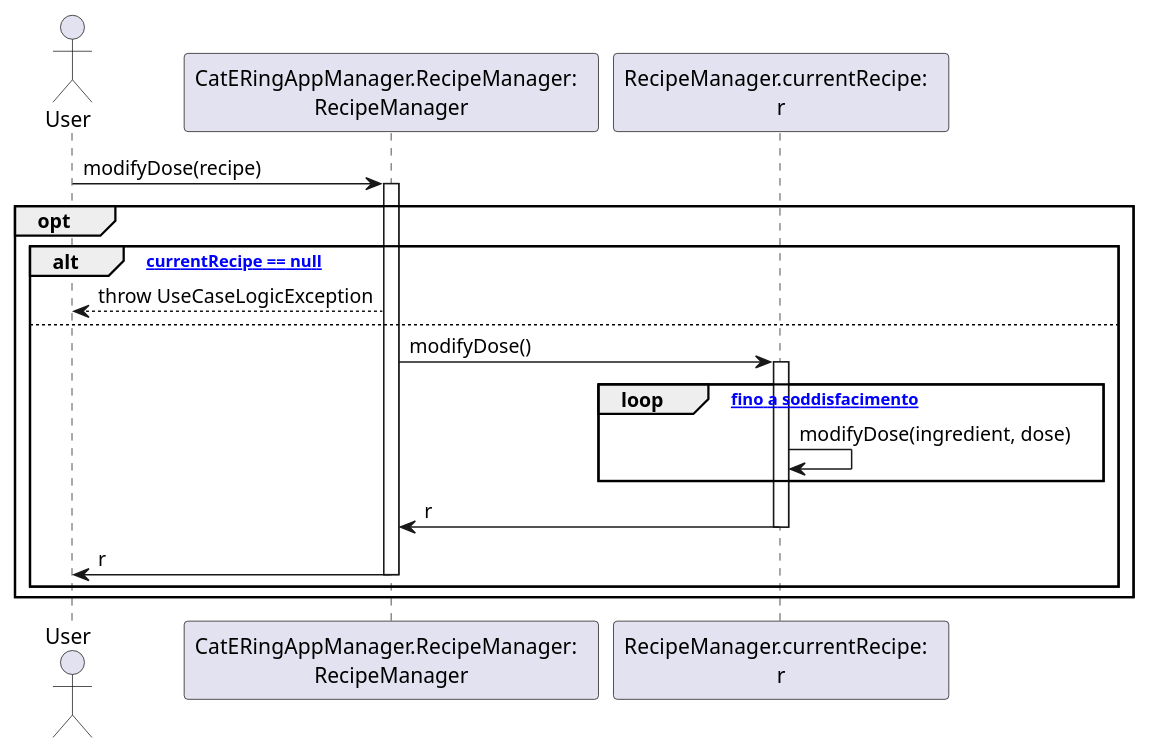
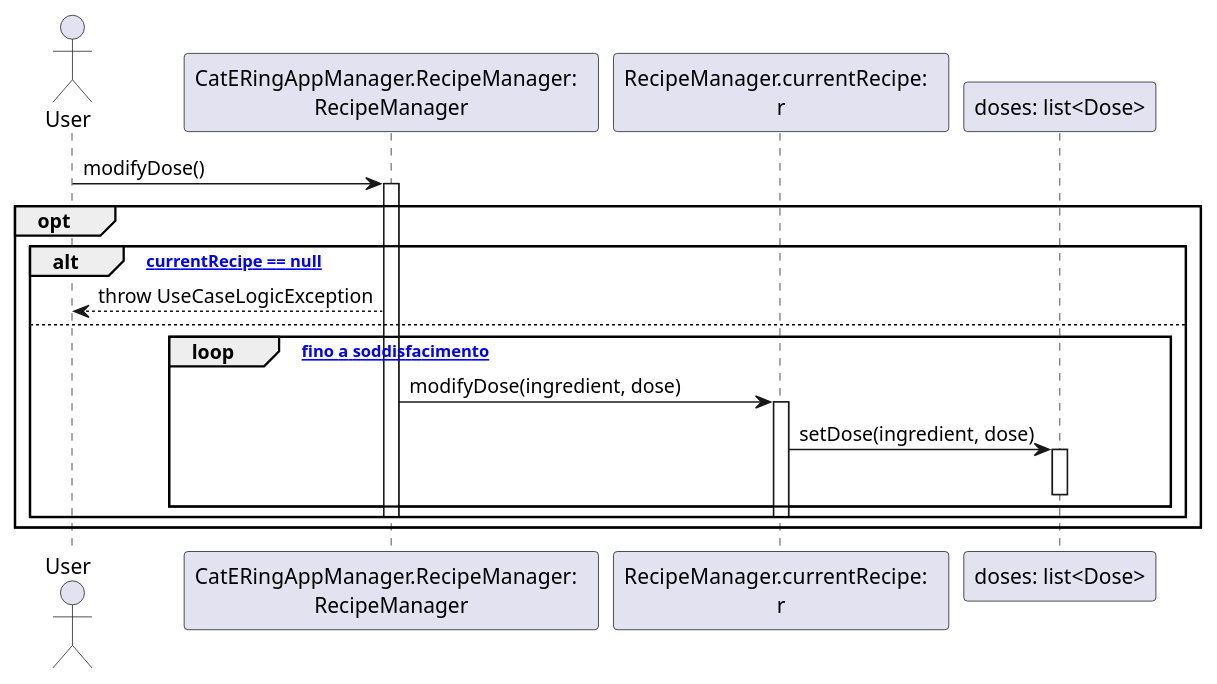
Before and after one commit to m0canu1/sas: the diagram in dsd/dsd-ricette/3b-modifyDose.md, drawn with PlantUML. The commit also changed 8 other files, not shown here.

````diff
--- a/dsd/dsd-ricette/3b-modifyDose.md
+++ b/dsd/dsd-ricette/3b-modifyDose.md
@@ -1,23 +1,25 @@
 ```plantuml
 Actor User
 Participant "CatERingAppManager.RecipeManager:  \nRecipeManager" as RM
 Participant "RecipeManager.currentRecipe:  \nr" as CR
 
-User -> RM: modifyDose(recipe)
+User -> RM: modifyDose()
 Activate RM
 opt
 	alt ["currentRecipe == null"]
 		RM --> User: throw UseCaseLogicException
 	else 
-		RM -> CR: modifyDose()
+		loop ["fino a soddisfacimento"]
+
+		RM -> CR: modifyDose(ingredient, dose)
 		Activate CR
-		loop ["fino a soddisfacimento"]
-			CR -> CR: modifyDose(ingredient, dose)
+			CR -> "doses: list<Dose>": setDose(ingredient, dose)
+			Activate "doses: list<Dose>"
+			Deactivate "doses: list<Dose>"
 		end
-		CR -> RM: r
+
 		Deactivate CR
-		RM -> User: r
 		Deactivate RM
 	end
 end
 ```
````
